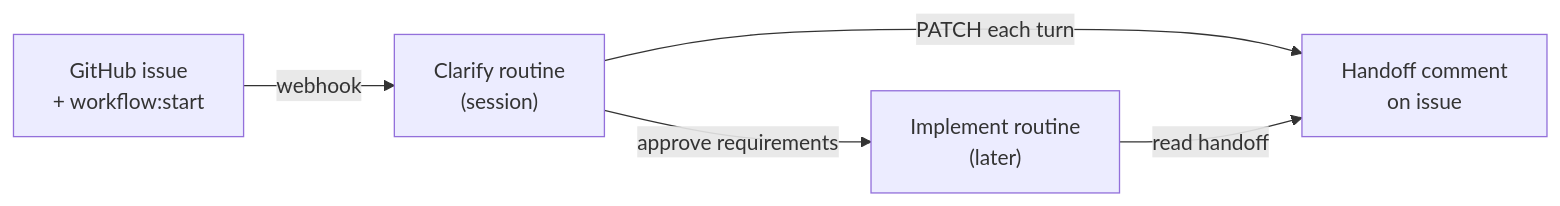
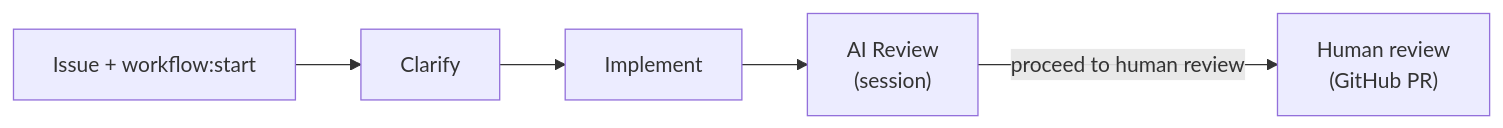
The diagram in README.md (D-Andreev/ai-workflow-routines), drawn with Mermaid before and after one commit. The commit also changed other lines of this file and 13 other files, not shown here.

Commit message:
implement; ai-review

````diff
--- a/README.md
+++ b/README.md
@@ -9,12 +9,13 @@
 ```mermaid
 flowchart LR
-    issue["GitHub issue\n+ workflow:start"]
-    clarify["Clarify routine\n(session)"]
-    handoff["Handoff comment\non issue"]
-    implement["Implement routine\n(later)"]
+    issue["Issue + workflow:start"]
+    clarify["Clarify"]
+    implement["Implement"]
+    aiReview["AI Review\n(session)"]
+    human["Human review\n(GitHub PR)"]
 
-    issue -->|webhook| clarify
-    clarify -->|PATCH each turn| handoff
-    clarify -->|approve requirements| implement
-    implement -->|read handoff| handoff
+    issue --> clarify
+    clarify --> implement
+    implement --> aiReview
+    aiReview -->|"proceed to human review"| human
 ```
````
